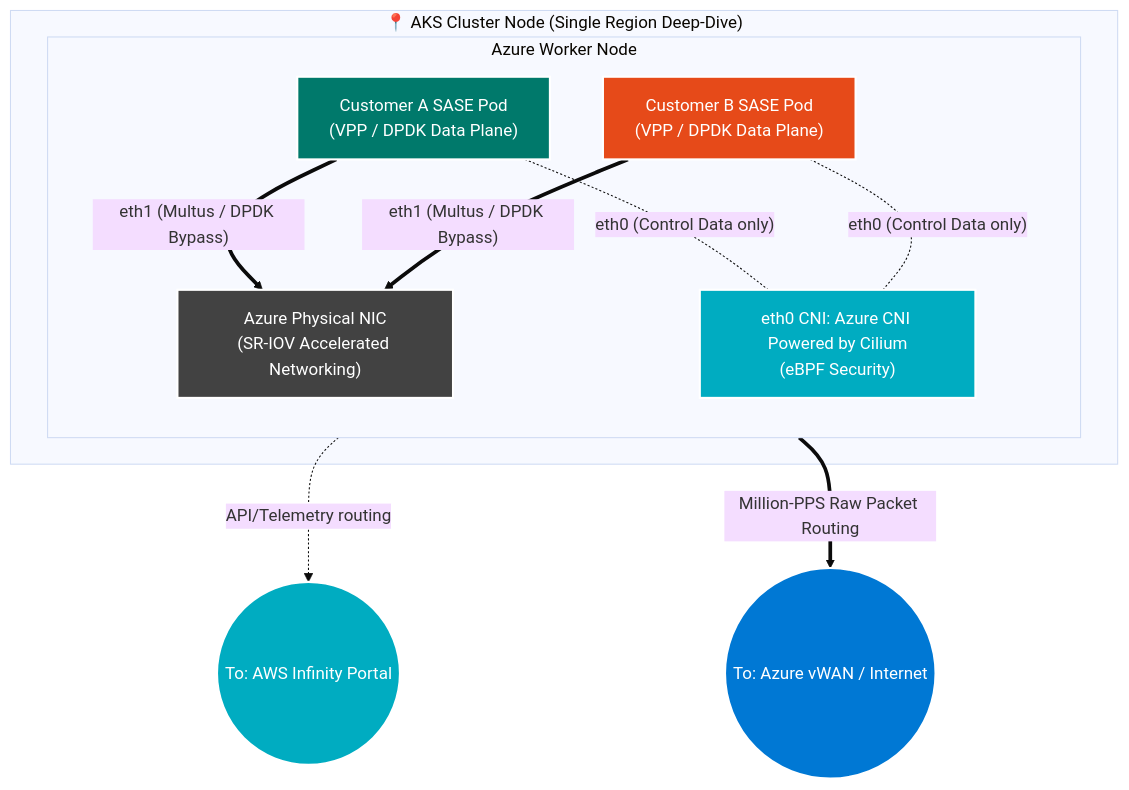
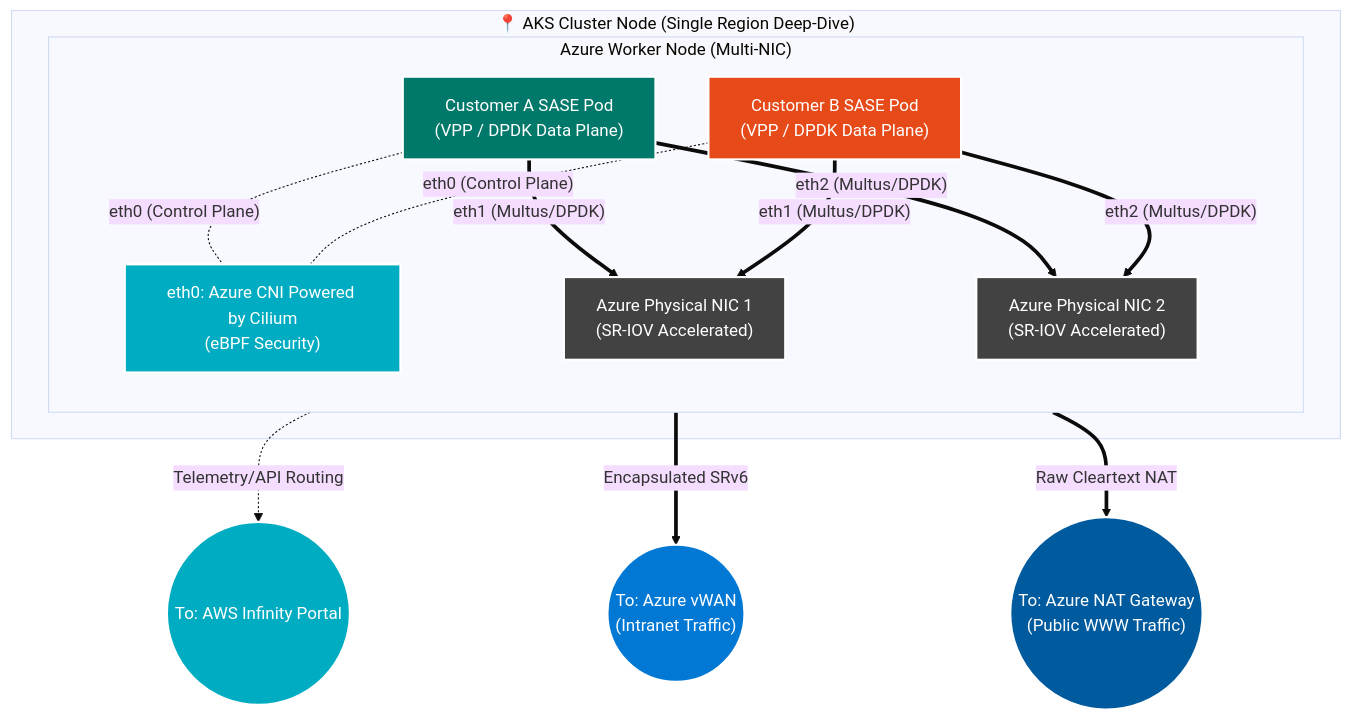
The second of 2 diagrams in checkpoint_aks_sase.md (roie9876/SASE), drawn with Mermaid (base theme) before and after one commit. The commit also changed other lines of this file and 3 other files, not shown here.

Commit message:
docs: remove Q&A notes and link, update Multi-NIC architecture

````diff
--- a/checkpoint_aks_sase.md
+++ b/checkpoint_aks_sase.md
@@ -72,37 +72,45 @@
 ```mermaid
 flowchart TD
     %% Styling
     classDef azure fill:#0078D4,stroke:#fff,stroke-width:2px,color:#fff
     classDef custA fill:#00796B,stroke:#fff,stroke-width:2px,color:#fff
     classDef custB fill:#E64A19,stroke:#fff,stroke-width:2px,color:#fff
     classDef hw fill:#424242,stroke:#fff,stroke-width:2px,color:#fff
     classDef mgmt fill:#00ACC1,stroke:#fff,stroke-width:2px,color:#fff
+    classDef net fill:#005A9E,stroke:#fff,stroke-width:2px,color:#fff
 
     subgraph RegionA [" 📍 AKS Cluster Node (Single Region Deep-Dive) "]
         
-        subgraph Node [" Azure Worker Node "]
+        subgraph Node [" Azure Worker Node (Multi-NIC) "]
             direction TB
-            SRIOV_A["Azure Physical NIC<br/>(SR-IOV Accelerated Networking)"]:::hw
             
             PodA_CustA["Customer A SASE Pod<br/>(VPP / DPDK Data Plane)"]:::custA
             PodA_CustB["Customer B SASE Pod<br/>(VPP / DPDK Data Plane)"]:::custB
             
-            MgmtA["eth0 CNI: Azure CNI Powered by Cilium<br/>(eBPF Security)"]:::mgmt
+            MgmtA["eth0: Azure CNI Powered by Cilium<br/>(eBPF Security)"]:::mgmt
+            SRIOV_WAN["Azure Physical NIC 1<br/>(SR-IOV Accelerated)"]:::hw
+            SRIOV_WWW["Azure Physical NIC 2<br/>(SR-IOV Accelerated)"]:::hw
             
             %% Management connections inside Node
-            PodA_CustA -. "eth0 (Control Data only)" .- MgmtA
-            PodA_CustB -. "eth0 (Control Data only)" .- MgmtA
+            PodA_CustA -. "eth0 (Control Plane)" .- MgmtA
+            PodA_CustB -. "eth0 (Control Plane)" .- MgmtA
             
-            %% Data plane connections
-            PodA_CustA ==>|"eth1 (Multus / DPDK Bypass)"| SRIOV_A
-            PodA_CustB ==>|"eth1 (Multus / DPDK Bypass)"| SRIOV_A
+            %% Data plane Intranet connections
+            PodA_CustA ==>|"eth1 (Multus/DPDK)"| SRIOV_WAN
+            PodA_CustB ==>|"eth1 (Multus/DPDK)"| SRIOV_WAN
+            
+            %% Data plane WWW connections
+            PodA_CustA ==>|"eth2 (Multus/DPDK)"| SRIOV_WWW
+            PodA_CustB ==>|"eth2 (Multus/DPDK)"| SRIOV_WWW
         end
     end
 
     %% External I/O
     Infinity(("To: AWS Infinity Portal")):::mgmt
-    vWAN(("To: Azure vWAN / Internet")):::azure
+    vWAN(("To: Azure vWAN<br/>(Intranet Traffic)")):::azure
+    NAT(("To: Azure NAT Gateway<br/>(Public WWW Traffic)")):::net
     
-    MgmtA -. "API/Telemetry routing" .-> Infinity
-    SRIOV_A ==>|"Million-PPS Raw Packet Routing"| vWAN
+    MgmtA -. "Telemetry/API Routing" .-> Infinity
+    SRIOV_WAN ==>|"Encapsulated SRv6"| vWAN
+    SRIOV_WWW ==>|"Raw Cleartext NAT"| NAT
 ```
````
